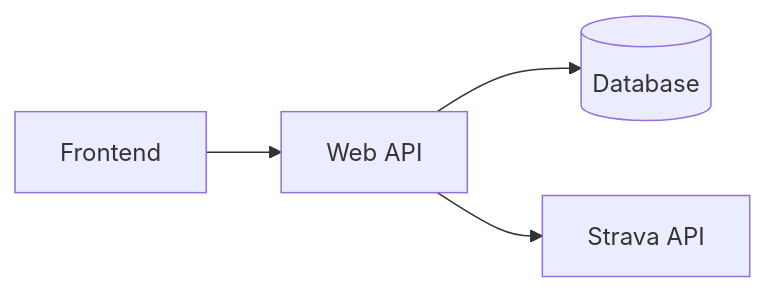
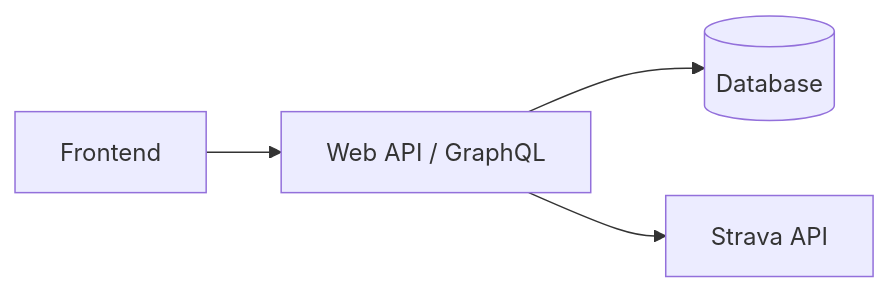
The first of 2 diagrams in docs/concept/architecture.md (NRG-Drink/athlify), drawn with Mermaid before and after one commit. The commit also changed other lines of this file and 173 other files, not shown here.

````diff
--- a/docs/concept/architecture.md
+++ b/docs/concept/architecture.md
@@ -13,6 +15,6 @@
 ```mermaid
 flowchart LR
-    FE[Frontend] --> API[Web API]
+    FE[Frontend] --> API[Web API / GraphQL]
     API --> DB[(Database)]
     API --> STRAVA[Strava API]
 ```
````
